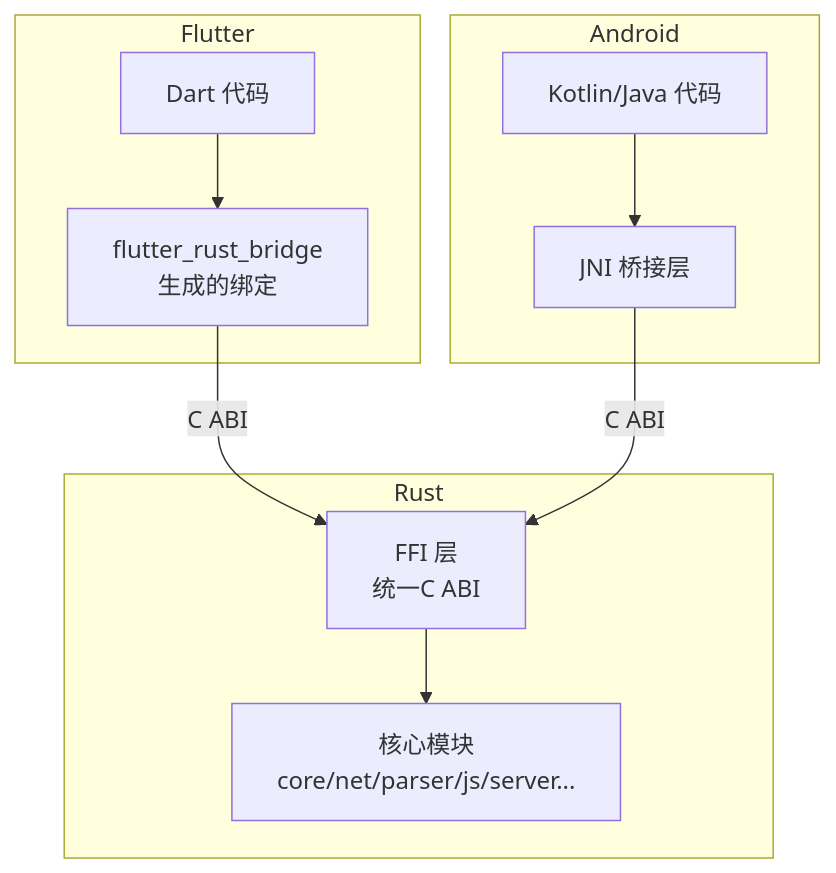
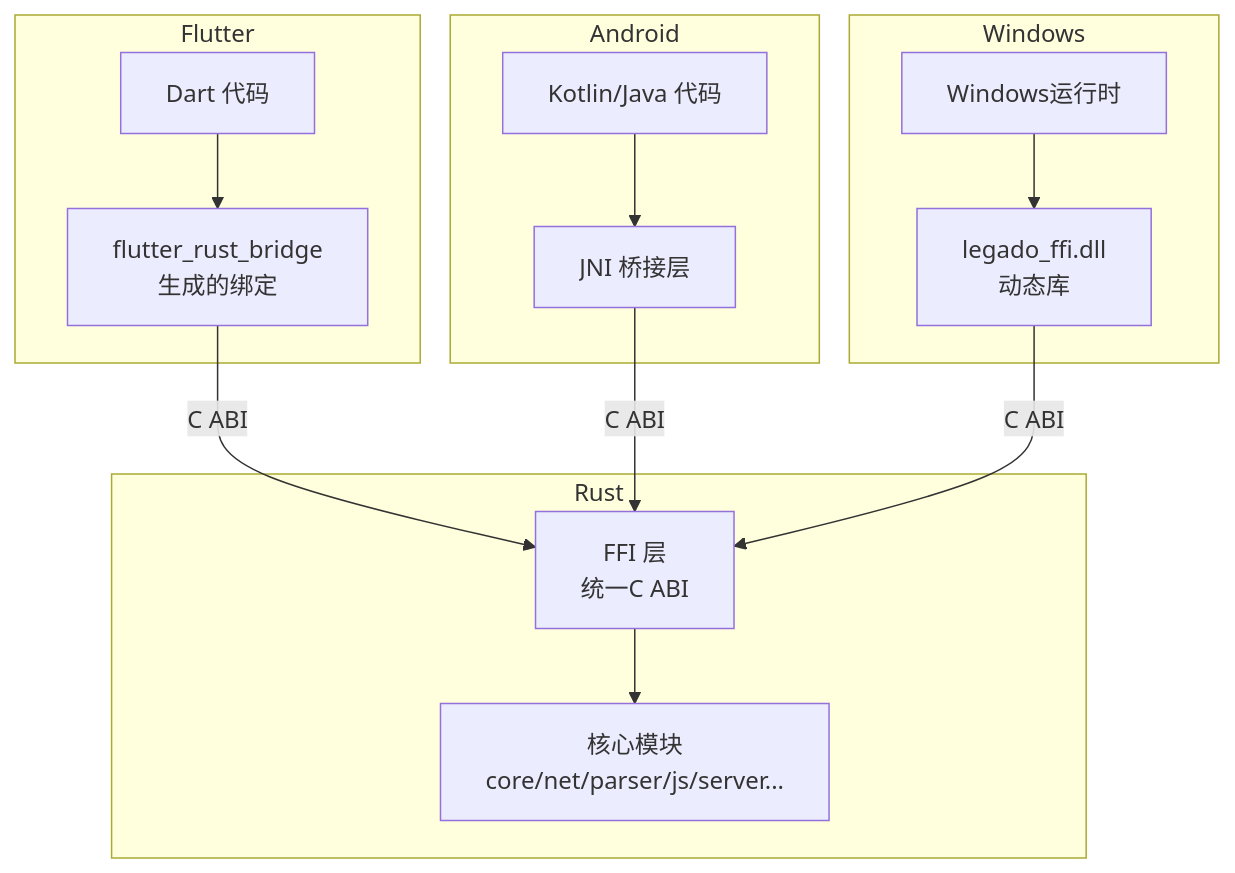
One commit to ZhangGHGitHub/LegadoTeamFlutter changed the first of 8 diagrams in .qoder/repowiki/zh/content/架构设计/通信机制/FFI接口通信.md. Above: the diagram before and after it, drawn with Mermaid. The commit also changed other lines of this file and 66 other files, not shown here.

````diff
--- a/.qoder/repowiki/zh/content/架构设计/通信机制/FFI接口通信.md
+++ b/.qoder/repowiki/zh/content/架构设计/通信机制/FFI接口通信.md
@@ -49,18 +60,23 @@
 ```mermaid
 graph TB
 subgraph "Flutter"
 D["Dart 代码"]
 FRB["flutter_rust_bridge<br/>生成的绑定"]
 end
 subgraph "Android"
 K["Kotlin/Java 代码"]
 JNI["JNI 桥接层"]
 end
+subgraph "Windows"
+WS["Windows运行时"]
+DLL["legado_ffi.dll<br/>动态库"]
+end
 subgraph "Rust"
 FFI["FFI 层<br/>统一C ABI"]
 CORE["核心模块<br/>core/net/parser/js/server..."]
 end
 D --> FRB --> |C ABI| FFI
 K --> JNI --> |C ABI| FFI
+WS --> DLL --> |C ABI| FFI
 FFI --> CORE
 ```
````
